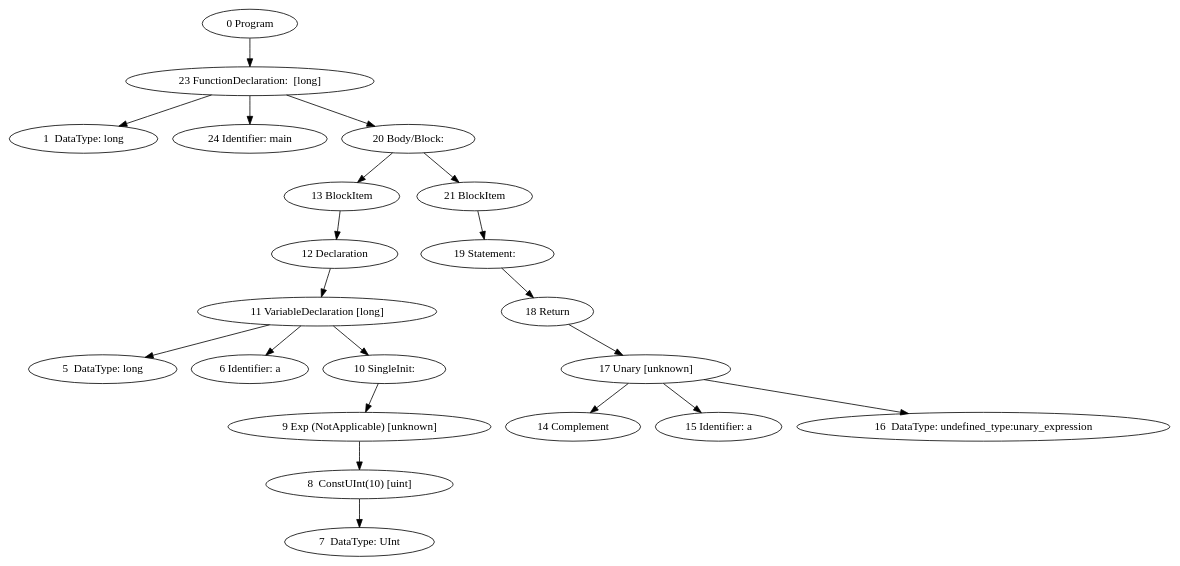
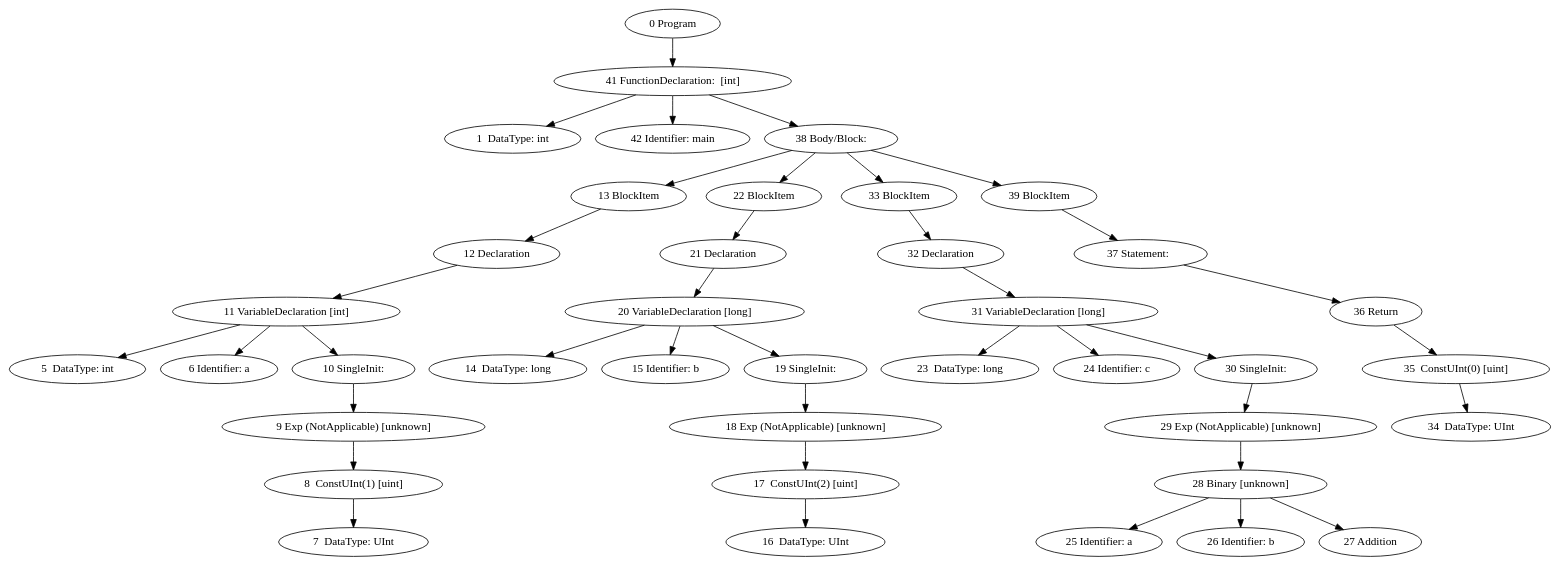
The diagram in abstract_syntax_tree.dot (Thewbi/stm8_asm), drawn with Graphviz before and after one commit. The commit also changed 20 other files, not shown here.

```diff
--- a/abstract_syntax_tree.dot
+++ b/abstract_syntax_tree.dot
@@ -1,43 +1,79 @@
 digraph {
 0 [label="0 Program"]
-23 [label="23 FunctionDeclaration:  [long]"]
-1 [label="1  DataType: long"]
-23 -> 1
-24 [label="24 Identifier: main"]
-23 -> 24
-20 [label="20 Body/Block: "]
-23 -> 20
+41 [label="41 FunctionDeclaration:  [int]"]
+1 [label="1  DataType: int"]
+41 -> 1
+42 [label="42 Identifier: main"]
+41 -> 42
+38 [label="38 Body/Block: "]
+41 -> 38
 13 [label="13 BlockItem"]
 12 [label="12 Declaration"]
-5 [label="5  DataType: long"]
+5 [label="5  DataType: int"]
 6 [label="6 Identifier: a"]
 10 [label="10 SingleInit: "]
 9 [label="9 Exp (NotApplicable) [unknown]"]
-8 [label="8  ConstUInt(10) [uint]"]
+8 [label="8  ConstUInt(1) [uint]"]
 7 [label="7  DataType: UInt"]
 8 -> 7
 9 -> 8
 10 -> 9
-11 [label="11 VariableDeclaration [long] "]
+11 [label="11 VariableDeclaration [int] "]
 11 -> 5
 11 -> 6
 11 -> 10
 12 -> 11
 13 -> 12
-20 -> 13
-21 [label="21 BlockItem"]
-14 [label="14 Complement"]
-15 [label="15 Identifier: a"]
-16 [label="16  DataType: undefined_type:unary_expression"]
-17 [label="17 Unary [unknown]"]
-17 -> 14
-17 -> 15
+38 -> 13
+22 [label="22 BlockItem"]
+21 [label="21 Declaration"]
+14 [label="14  DataType: long"]
+15 [label="15 Identifier: b"]
+19 [label="19 SingleInit: "]
+18 [label="18 Exp (NotApplicable) [unknown]"]
+17 [label="17  ConstUInt(2) [uint]"]
+16 [label="16  DataType: UInt"]
 17 -> 16
-18 [label="18 Return"]
 18 -> 17
-19 [label="19 Statement:  "]
 19 -> 18
-21 -> 19
-20 -> 21
-0 -> 23
+20 [label="20 VariableDeclaration [long] "]
+20 -> 14
+20 -> 15
+20 -> 19
+21 -> 20
+22 -> 21
+38 -> 22
+33 [label="33 BlockItem"]
+32 [label="32 Declaration"]
+23 [label="23  DataType: long"]
+24 [label="24 Identifier: c"]
+30 [label="30 SingleInit: "]
+29 [label="29 Exp (NotApplicable) [unknown]"]
+25 [label="25 Identifier: a"]
+26 [label="26 Identifier: b"]
+27 [label="27 Addition"]
+28 [label="28 Binary [unknown]"]
+28 -> 25
+28 -> 26
+28 -> 27
+29 -> 28
+30 -> 29
+31 [label="31 VariableDeclaration [long] "]
+31 -> 23
+31 -> 24
+31 -> 30
+32 -> 31
+33 -> 32
+38 -> 33
+39 [label="39 BlockItem"]
+35 [label="35  ConstUInt(0) [uint]"]
+34 [label="34  DataType: UInt"]
+35 -> 34
+36 [label="36 Return"]
+36 -> 35
+37 [label="37 Statement:  "]
+37 -> 36
+39 -> 37
+38 -> 39
+0 -> 41
 }
```
